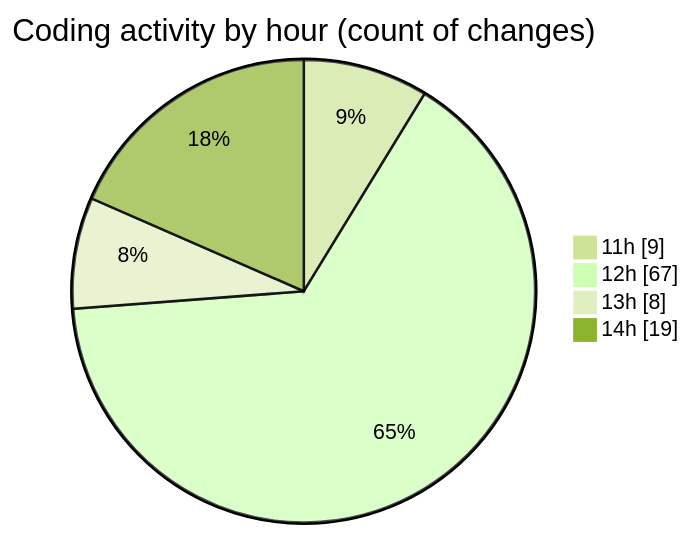
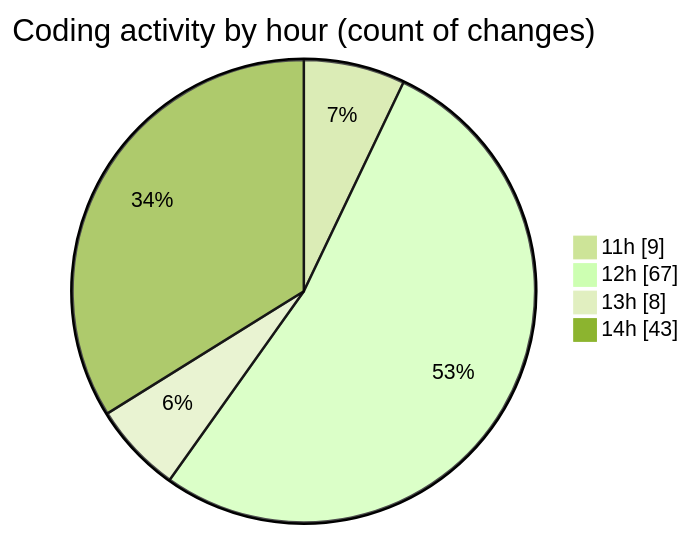
The second of 2 diagrams in 2026-08-23/nxtqube_webapp/README.md (nxtqubesakshisongat/code-tracking), drawn with Mermaid (forest theme) before and after one commit. The commit also changed other lines of this file and 1 other file, not shown here.

````diff
--- a/2026-08-23/nxtqube_webapp/README.md
+++ b/2026-08-23/nxtqube_webapp/README.md
@@ -62,8 +70,8 @@
 ```mermaid
 pie showData
 title Coding activity by hour (count of changes)
 "11h" : 9
 "12h" : 67
 "13h" : 8
-"14h" : 19
+"14h" : 43
 ```
````
